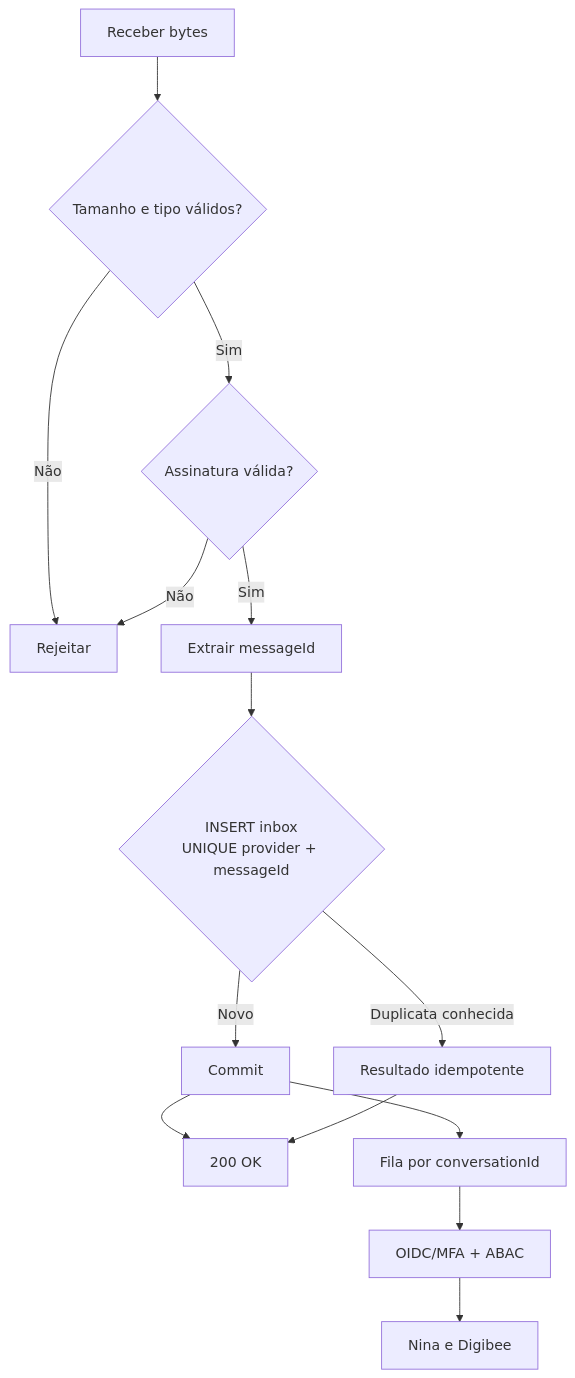
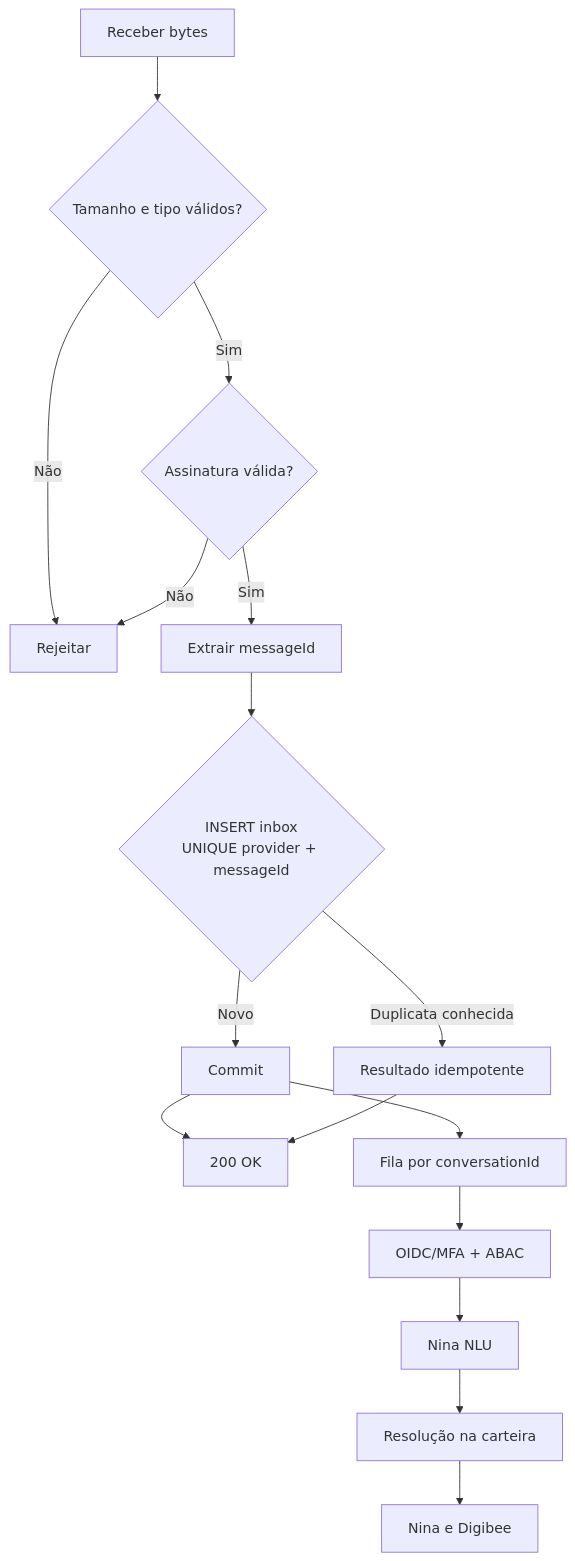
One commit to anderson-figueiredo/rtvgpt-nina changed the first of 3 diagrams in docs/detalhes-tecnicos-integracoes.md. Above: the diagram before and after it, drawn with Mermaid. The commit also changed other lines of this file and 5 other files, not shown here.

First line of the commit message:
docs: planejar NLU robusta da Nina no WhatsApp

````diff
--- a/docs/detalhes-tecnicos-integracoes.md
+++ b/docs/detalhes-tecnicos-integracoes.md
@@ -20,16 +22,18 @@
 ```mermaid
 flowchart TD
     A[Receber bytes] --> B{Tamanho e tipo válidos?}
     B -->|Não| X[Rejeitar]
     B -->|Sim| C{Assinatura válida?}
     C -->|Não| X
     C -->|Sim| D[Extrair messageId]
     D --> E{INSERT inbox<br/>UNIQUE provider + messageId}
     E -->|Novo| F[Commit]
     E -->|Duplicata conhecida| G[Resultado idempotente]
     F --> H[200 OK]
     G --> H
     F --> Q[Fila por conversationId]
     Q --> I[OIDC/MFA + ABAC]
-    I --> J[Nina e Digibee]
+    I --> J[Nina NLU]
+    J --> K[Resolução na carteira]
+    K --> L[Nina e Digibee]
 ```
````
